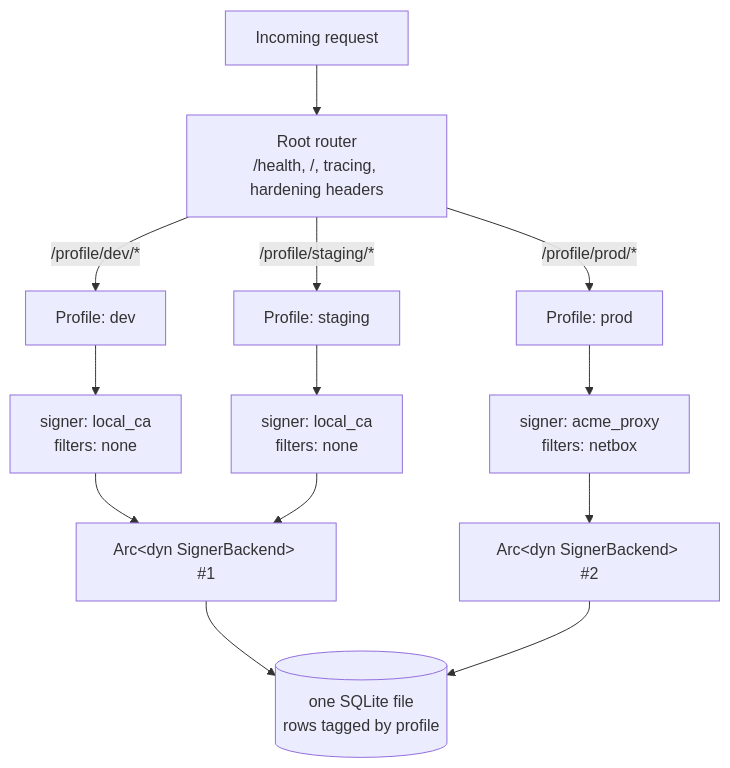
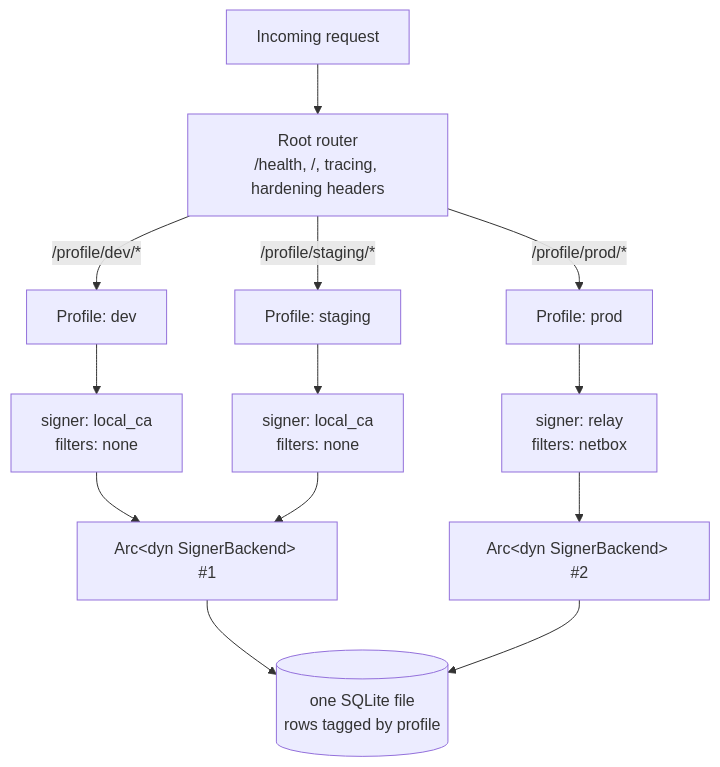
The first of 2 diagrams in doc/src/core/profiles.md (acme-proxy/acme-proxy), drawn with Mermaid before and after one commit. The commit also changed other lines of this file and 72 other files, not shown here.

````diff
--- a/doc/src/core/profiles.md
+++ b/doc/src/core/profiles.md
@@ -24,18 +24,18 @@
 ```mermaid
 graph TD
     REQ["Incoming request"] --> ROOT["Root router<br/>/health, /, tracing, hardening headers"]
     ROOT -->|"/profile/dev/*"| PDEV["Profile: dev"]
     ROOT -->|"/profile/prod/*"| PPROD["Profile: prod"]
     ROOT -->|"/profile/staging/*"| PSTG["Profile: staging"]
 
     PDEV --> SDEV["signer: local_ca<br/>filters: none"]
-    PPROD --> SPROD["signer: acme_proxy<br/>filters: netbox"]
+    PPROD --> SPROD["signer: relay<br/>filters: netbox"]
     PSTG --> SSTG["signer: local_ca<br/>filters: none"]
 
     SDEV --> B1["Arc&lt;dyn SignerBackend&gt; #1"]
     SSTG --> B1
     SPROD --> B2["Arc&lt;dyn SignerBackend&gt; #2"]
 
     B1 --> DB[("one SQLite file<br/>rows tagged by profile")]
     B2 --> DB
 ```
````
